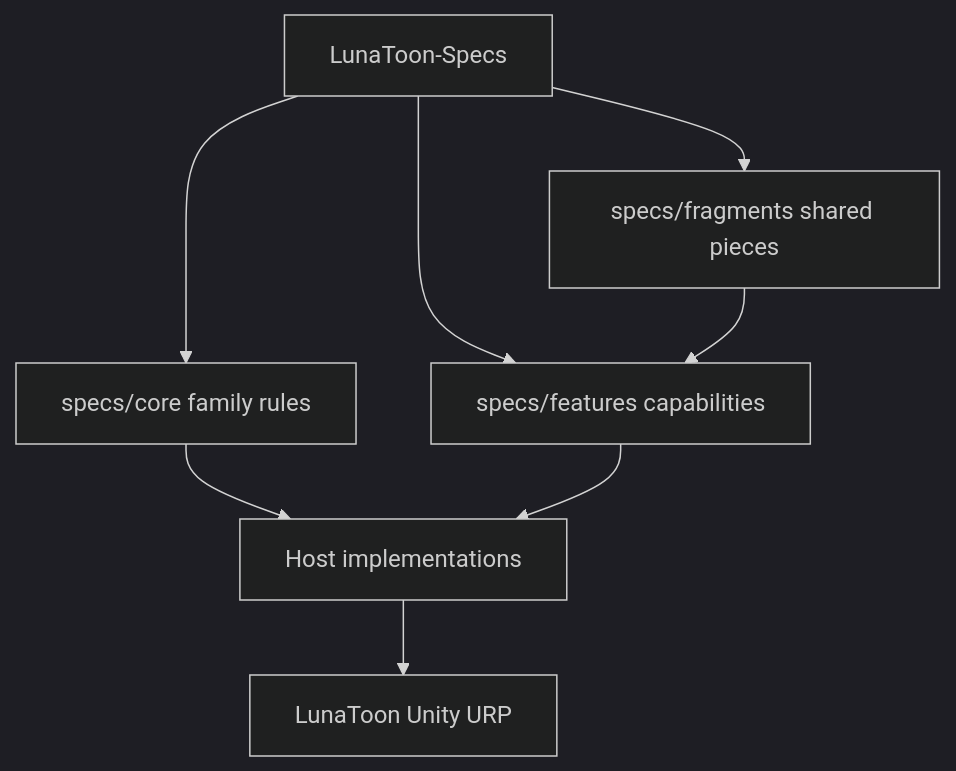
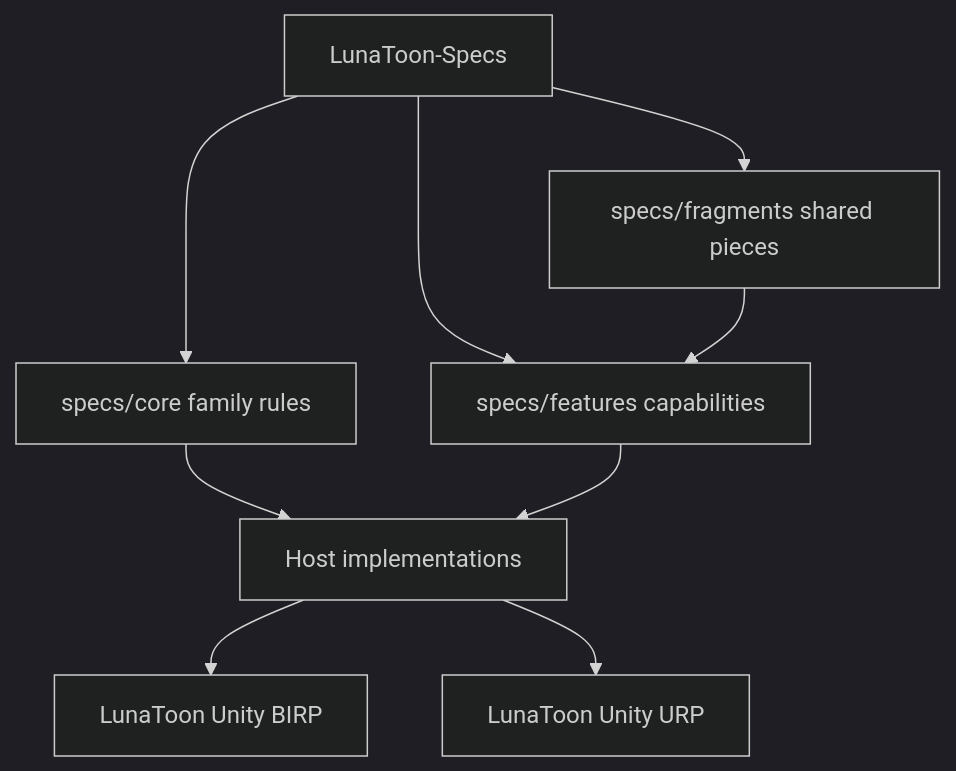
One commit to miramocha/LunaToon-Specs changed the diagram in architecture.md. Above: the diagram before and after it, drawn with Mermaid (dark theme). The commit also changed other lines of this file and 5 other files, not shown here.

First line of the commit message:
docs: dual-pipeline shader architecture

````diff
--- a/architecture.md
+++ b/architecture.md
@@ -24,16 +25,18 @@
 ```mermaid
 flowchart TB
   specs[LunaToon-Specs]
   core[specs/core family rules]
   features[specs/features capabilities]
   fragments[specs/fragments shared pieces]
   impl[Host implementations]
-  unity[LunaToon Unity URP]
+  unityBirp[LunaToon Unity BIRP]
+  unityUrp[LunaToon Unity URP]
   specs --> core
   specs --> features
   specs --> fragments
   core --> impl
   features --> impl
   fragments --> features
-  impl --> unity
+  impl --> unityBirp
+  impl --> unityUrp
 ```
````
